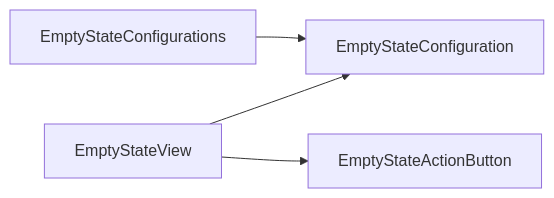
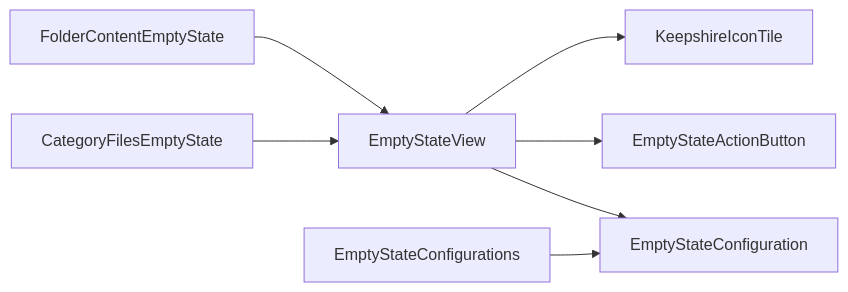
Before and after one commit to haresh14/keepshire: the fifth of 10 diagrams in docs/COMPONENT_GRAPH.md, drawn with Mermaid. The commit also changed 11 other files, not shown here.

````diff
--- a/docs/COMPONENT_GRAPH.md
+++ b/docs/COMPONENT_GRAPH.md
@@ -199,6 +199,9 @@
 ```mermaid
 flowchart LR
     EmptyStateView --> EmptyStateConfiguration
     EmptyStateConfigurations --> EmptyStateConfiguration
     EmptyStateView --> EmptyStateActionButton
+    EmptyStateView --> KeepshireIconTile
+    CategoryFilesEmptyState --> EmptyStateView
+    FolderContentEmptyState --> EmptyStateView
 ```
````
